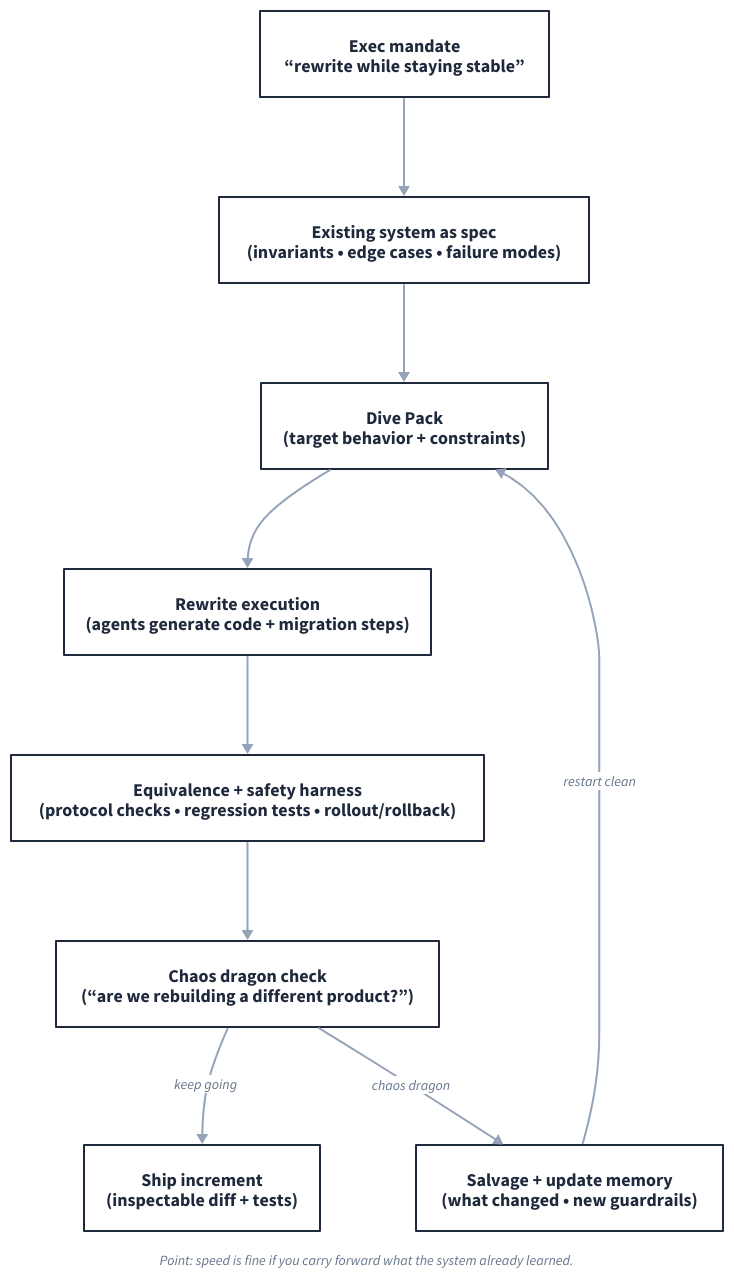
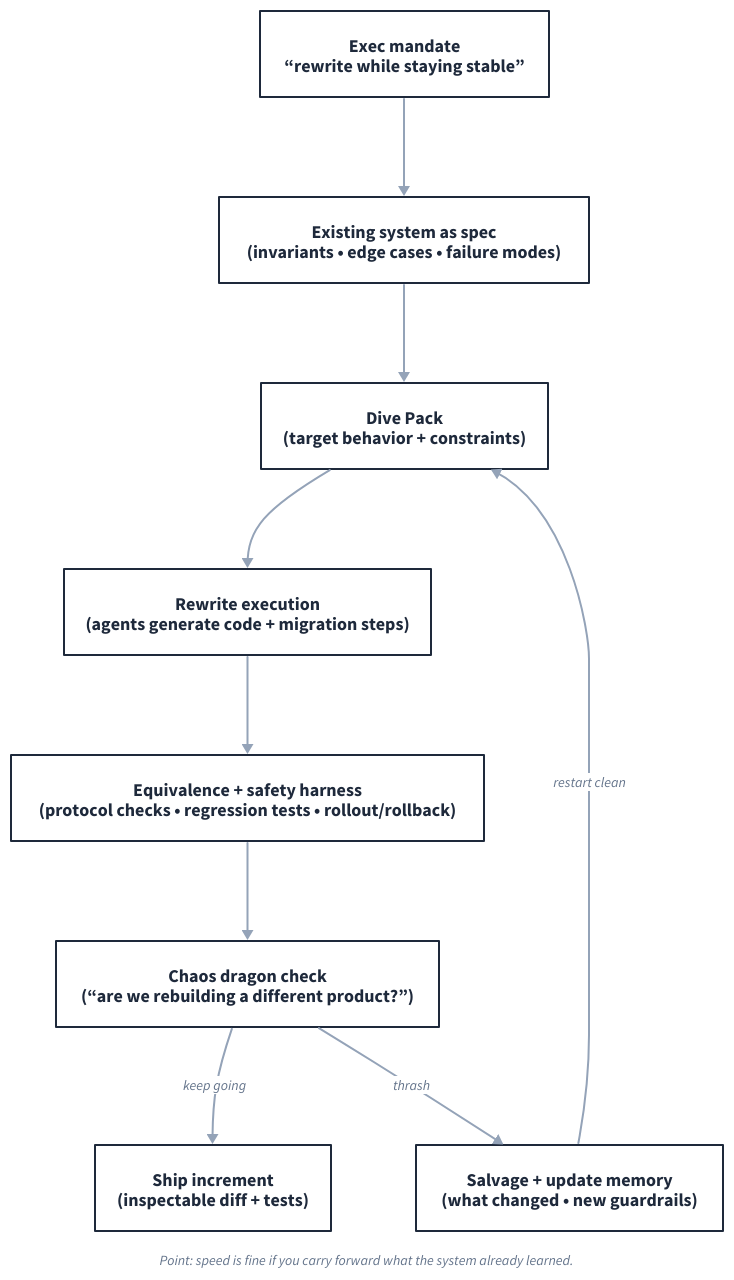
One commit to muness/muness.github.io changed the diagram in viz/rewrite-with-safety-harness.d2. Above: the diagram before and after it, drawn with D2. The commit also changed 6 other files, not shown here.

```diff
--- a/viz/rewrite-with-safety-harness.d2
+++ b/viz/rewrite-with-safety-harness.d2
@@ -1,104 +1,104 @@
 direction: down
 
 vars: {
   center-color: "#64748B"
   accent-color: "#94A3B8"
   text-color: "#1E293B"
   subtitle-color: "#64748B"
 }
 
 classes: {
   box: {
     style: {
       stroke: ${text-color}
       stroke-width: 2
       fill: "#FFFFFF"
       font-color: ${text-color}
       font-size: 18
       bold: true
     }
   }
   edge: {
     style: {
       stroke: ${accent-color}
       stroke-width: 2
       font-color: ${subtitle-color}
       font-size: 14
     }
   }
   note: {
     shape: text
     style: {
       font-color: ${subtitle-color}
       font-size: 14
       italic: true
     }
   }
 }
 
 mandate: {
   class: box
   label: "Exec mandate\n“rewrite while staying stable”"
 }
 
 spec: {
   class: box
   label: "Existing system as spec\n(invariants • edge cases • failure modes)"
 }
 
 dive: {
   class: box
   label: "Dive Pack\n(target behavior + constraints)"
 }
 
 run: {
   class: box
   label: "Rewrite execution\n(agents generate code + migration steps)"
 }
 
 gates: {
   class: box
   label: "Equivalence + safety harness\n(protocol checks • regression tests • rollout/rollback)"
 }
 
 drift: {
   class: box
   label: "Chaos dragon check\n(“are we rebuilding a different product?”)"
 }
 
 ship: {
   class: box
   label: "Ship increment\n(inspectable diff + tests)"
 }
 
 salvage: {
   class: box
   label: "Salvage + update memory\n(what changed • new guardrails)"
 }
 
 mandate -> spec: {class: edge}
 spec -> dive: {class: edge}
 dive -> run: {class: edge}
 run -> gates: {class: edge}
 gates -> drift: {class: edge}
 
 drift -> ship: {
   class: edge
   label: "keep going"
 }
 
 drift -> salvage: {
   class: edge
-  label: "chaos dragon"
+  label: "thrash"
 }
 
 salvage -> dive: {
   class: edge
   label: "restart clean"
 }
 
 caption: {
   class: note
   label: "Point: speed is fine if you carry forward what the system already learned."
   near: bottom-center
 }
```
